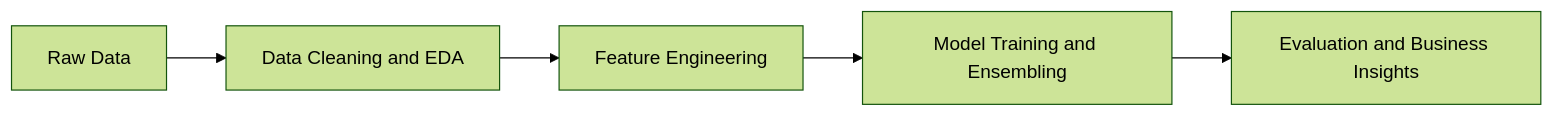
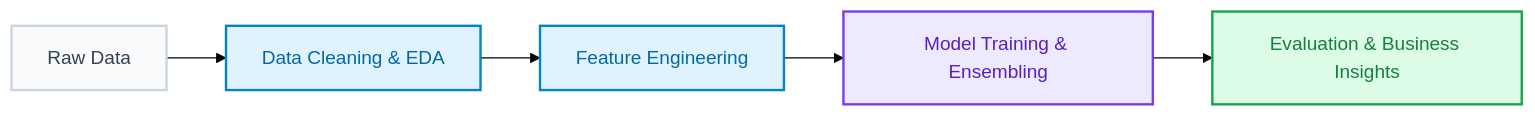
One commit to Nhinn04/Predict-Customer-Churn changed the diagram in README.md. Above: the diagram before and after it, drawn with Mermaid (forest theme).

````diff
--- a/README.md
+++ b/README.md
@@ -24,7 +24,12 @@
 ```mermaid
 graph LR
-    A[Raw Data] --> B[Data Cleaning and EDA]
-    B --> C[Feature Engineering]
-    C --> D[Model Training and Ensembling]
-    D --> E[Evaluation and Business Insights]
+    classDef raw fill:#f8fafc,stroke:#cbd5e1,stroke-width:2px,color:#334155;
+    classDef process fill:#e0f2fe,stroke:#0284c7,stroke-width:2px,color:#0369a1;
+    classDef model fill:#ede9fe,stroke:#7c3aed,stroke-width:2px,color:#5b21b6;
+    classDef result fill:#dcfce7,stroke:#16a34a,stroke-width:2px,color:#15803d;
+
+    A[Raw Data]:::raw --> B[Data Cleaning & EDA]:::process
+    B --> C[Feature Engineering]:::process
+    C --> D[Model Training & Ensembling]:::model
+    D --> E[Evaluation & Business Insights]:::result
 ```
````
